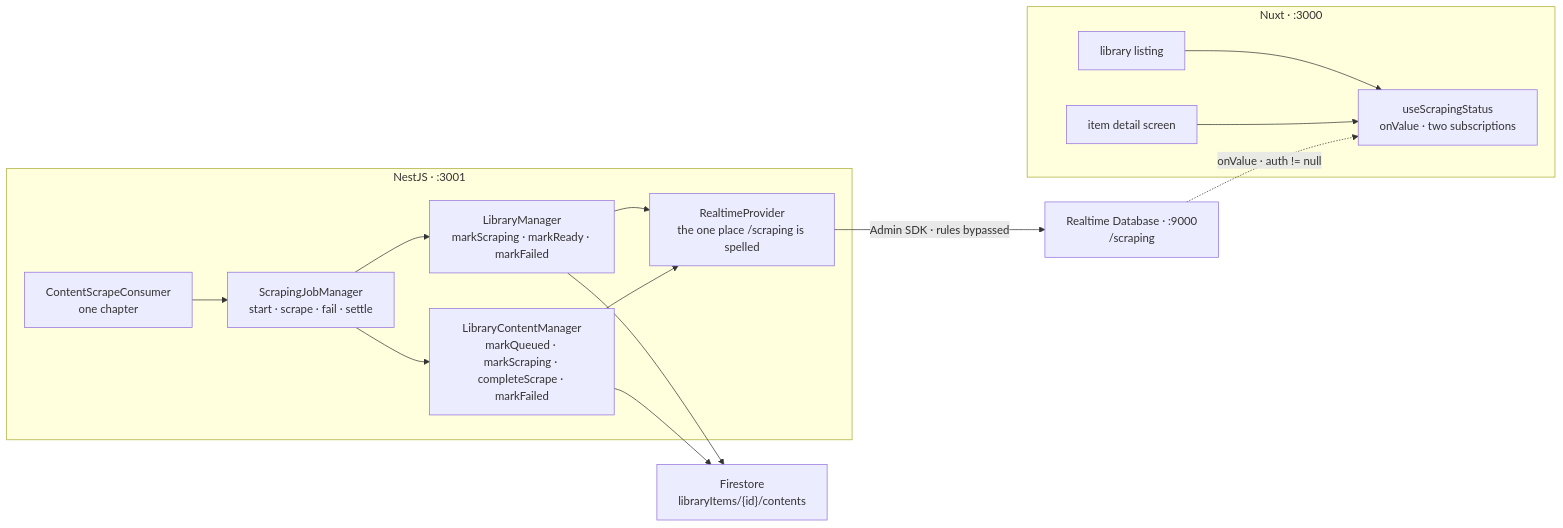
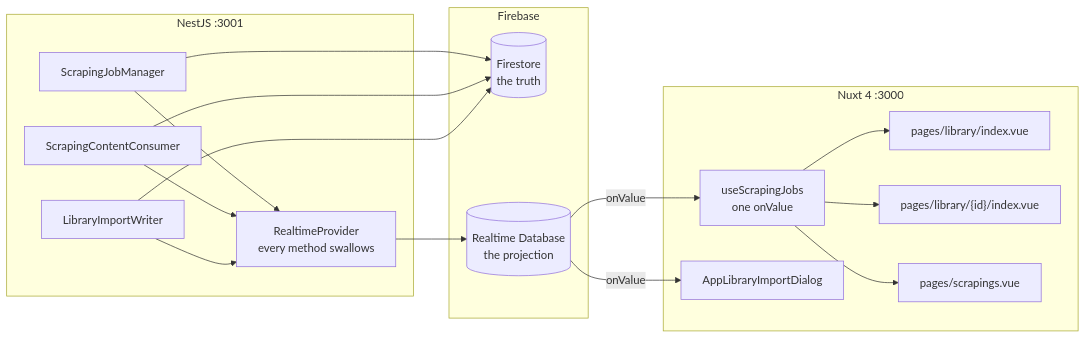
The first of 3 diagrams in _docs/plan/[notify]-part1_realtime_database_integration.md (datntdev0/projects.media-studio), drawn with Mermaid before and after one commit. The commit also changed other lines of this file and 11 other files, not shown here.

````diff
--- a/_docs/plan/[notify]-part1_realtime_database_integration.md
+++ b/_docs/plan/[notify]-part1_realtime_database_integration.md
@@ -169,31 +134,35 @@
 ```mermaid
 flowchart LR
-    subgraph fe["Nuxt · :3000"]
-        LIST["library listing"]
-        DETAIL["item detail screen"]
-        HOOK["useScrapingStatus<br/>onValue · two subscriptions"]
-        LIST --> HOOK
-        DETAIL --> HOOK
+    subgraph be["NestJS :3001"]
+        JM["ScrapingJobManager"]
+        CC["ScrapingContentConsumer"]
+        IW["LibraryImportWriter"]
+        RT["RealtimeProvider<br/>every method swallows"]
     end
 
-    subgraph be["NestJS · :3001"]
-        CONS["ContentScrapeConsumer<br/>one chapter"]
-        JMGR["ScrapingJobManager<br/>start · scrape · fail · settle"]
-        LMGR["LibraryManager<br/>markScraping · markReady · markFailed"]
-        CMGR["LibraryContentManager<br/>markQueued · markScraping · completeScrape · markFailed"]
-        RT["RealtimeProvider<br/>the one place /scraping is spelled"]
-        CONS --> JMGR
-        JMGR --> LMGR
-        JMGR --> CMGR
-        LMGR --> RT
-        CMGR --> RT
+    subgraph fb["Firebase"]
+        FS[("Firestore<br/>the truth")]
+        RTDB[("Realtime Database<br/>the projection")]
     end
 
-    RTDB["Realtime Database · :9000<br/>/scraping"]
-    FS["Firestore<br/>libraryItems/{id}/contents"]
+    subgraph fe["Nuxt 4 :3000"]
+        HOOK["useScrapingJobs<br/>one onValue"]
+        LIST["pages/library/index.vue"]
+        DETAIL["pages/library/{id}/index.vue"]
+        SCRAPE["pages/scrapings.vue"]
+        DLG["AppLibraryImportDialog"]
+    end
 
-    LMGR --> FS
-    CMGR --> FS
-    RT -- "Admin SDK · rules bypassed" --> RTDB
-    RTDB -. "onValue · auth != null" .-> HOOK
+    JM --> FS
+    CC --> FS
+    IW --> FS
+    JM --> RT
+    CC --> RT
+    IW --> RT
+    RT --> RTDB
+    RTDB -- "onValue" --> HOOK
+    RTDB -- "onValue" --> DLG
+    HOOK --> LIST
+    HOOK --> DETAIL
+    HOOK --> SCRAPE
 ```
````
